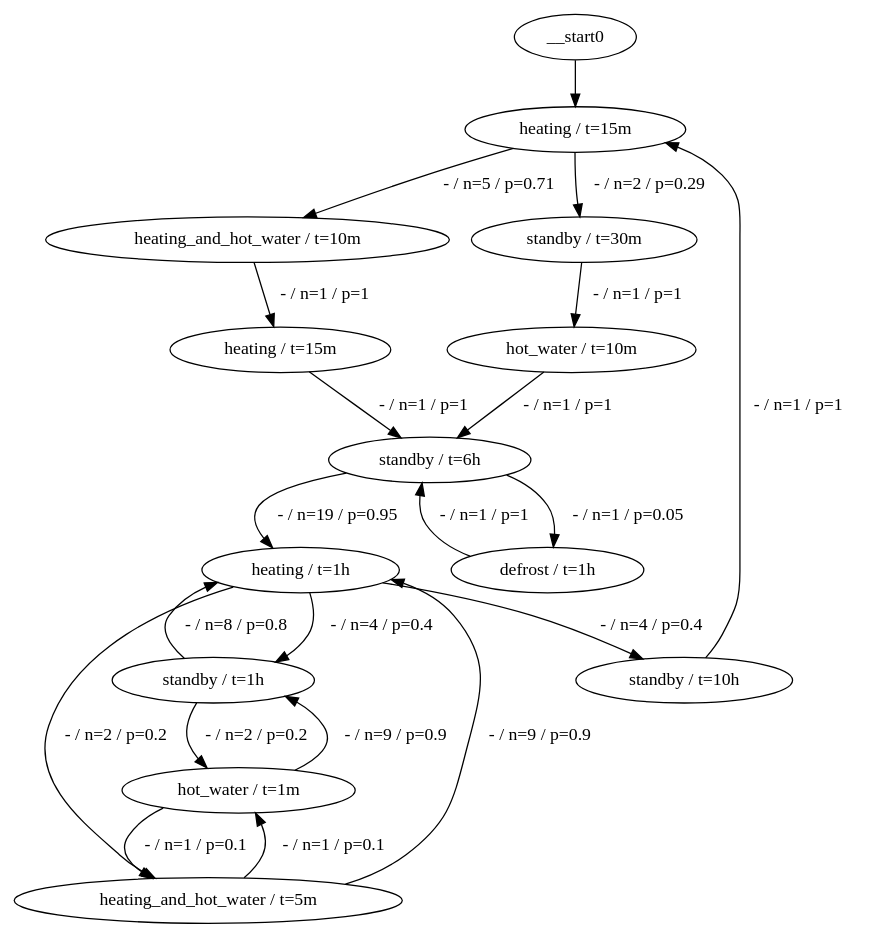
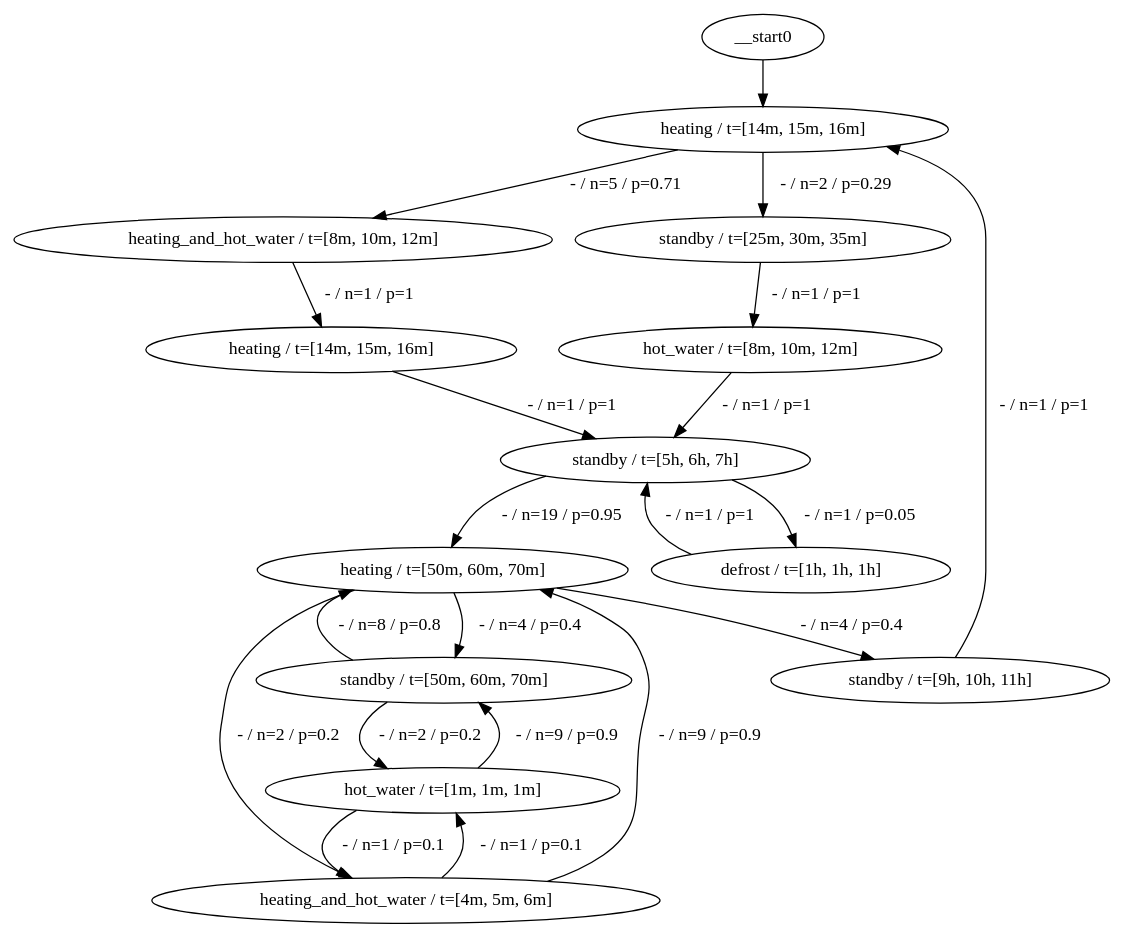
The diagram in examples/toy-heat-pump.dot (tudo-aqua/heat-pump-mining), drawn with Graphviz before and after one commit. The commit also changed 23 other files, not shown here.

```diff
--- a/examples/toy-heat-pump.dot
+++ b/examples/toy-heat-pump.dot
@@ -1,104 +1,104 @@
 // SPDX-FileCopyrightText: 2025-2025 The Heat Pump Mining Authors, see AUTHORS.md
 //
 // SPDX-License-Identifier: CC-BY-4.0
 digraph g {
   m_h1 [
-    label="heating / t=15m";
+    label="heating / t=[14m, 15m, 16m]";
   ];
   m_hhw [
-    label="heating_and_hot_water / t=10m";
+    label="heating_and_hot_water / t=[8m, 10m, 12m]";
   ];
   m_h2 [
-    label="heating / t=15m";
+    label="heating / t=[14m, 15m, 16m]";
   ];
   m_s [
-    label="standby / t=30m";
+    label="standby / t=[25m, 30m, 35m]";
   ];
   m_hw [
-    label="hot_water / t=10m";
+    label="hot_water / t=[8m, 10m, 12m]";
   ];
   d_s [
-    label="standby / t=6h";
+    label="standby / t=[5h, 6h, 7h]";
   ];
   d_d [
-    label="defrost / t=1h";
+    label="defrost / t=[1h, 1h, 1h]";
   ];
   e_h [
-    label="heating / t=1h";
+    label="heating / t=[50m, 60m, 70m]";
   ];
   e_s [
-    label="standby / t=1h";
+    label="standby / t=[50m, 60m, 70m]";
   ];
   e_hhw [
-    label="heating_and_hot_water / t=5m";
+    label="heating_and_hot_water / t=[4m, 5m, 6m]";
   ];
   e_hw [
-    label="hot_water / t=1m";
+    label="hot_water / t=[1m, 1m, 1m]";
   ];
   n_s [
-    label="standby / t=10h";
+    label="standby / t=[9h, 10h, 11h]";
   ];
   // weekday morning routine
   m_h1 -> m_hhw [
     label="- / n=5 / p=0.71";
   ];
   m_hhw -> m_h2 [
     label="- / n=1 / p=1";
   ];
   m_h2 -> d_s [
     label="- / n=1 / p=1";
   ];
   // weekend morning routine
   m_h1 -> m_s [
     label="- / n=2 / p=0.29";
   ];
   m_s -> m_hw [
     label="- / n=1 / p=1";
   ];
   m_hw -> d_s [
     label="- / n=1 / p=1";
   ];
   // daytime defrosting
   d_s -> d_d [
     label="- / n=1 / p=0.05";
   ];
   d_d -> d_s [
     label="- / n=1 / p=1";
   ];
   d_s -> e_h [
     label="- / n=19 / p=0.95";
   ];
   // evening activities
   e_h -> e_s [
     label="- / n=4 / p=0.4";
   ];
   e_h -> e_hhw [
     label="- / n=2 / p=0.2";
   ];
   e_h -> n_s [
     label="- / n=4 / p=0.4";
   ];
   e_s -> e_h [
     label="- / n=8 / p=0.8";
   ];
   e_s -> e_hw [
     label="- / n=2 / p=0.2";
   ];
   e_hw -> e_s [
     label="- / n=9 / p=0.9";
   ];
   e_hw -> e_hhw [
     label="- / n=1 / p=0.1";
   ];
   e_hhw -> e_h [
     label="- / n=9 / p=0.9";
   ];
   e_hhw -> e_hw [
     label="- / n=1 / p=0.1";
   ];
   // night
   n_s -> m_h1 [
     label="- / n=1 / p=1";
   ];
   __start0 -> m_h1;
 }
```
